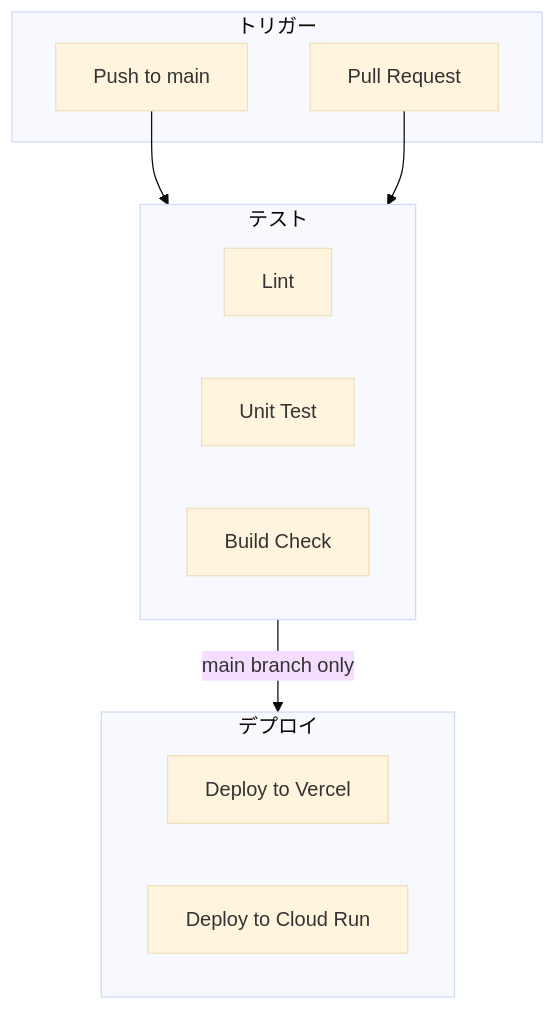
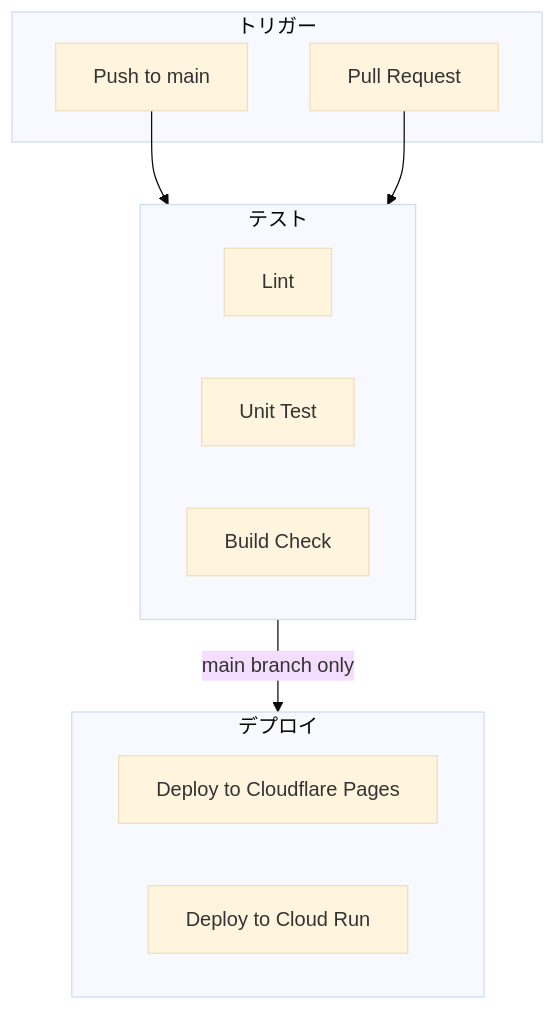
Before and after one commit to cergijame101007/satehits: the fourth of 4 diagrams in docs/infrastructure.md, drawn with Mermaid (base theme). The commit also changed other lines of this file and 43 other files, not shown here.

````diff
--- a/docs/infrastructure.md
+++ b/docs/infrastructure.md
@@ -210,22 +246,22 @@
 ```mermaid
 flowchart TB
     subgraph Trigger[トリガー]
         Push[Push to main]
         PR[Pull Request]
     end
 
     subgraph Test[テスト]
         Lint[Lint]
         UnitTest[Unit Test]
         BuildCheck[Build Check]
     end
 
     subgraph Deploy[デプロイ]
-        DeployFrontend[Deploy to Vercel]
+        DeployFrontend[Deploy to Cloudflare Pages]
         DeployBackend[Deploy to Cloud Run]
     end
 
     Push --> Test
     PR --> Test
     Test -->|main branch only| Deploy
 ```
````
